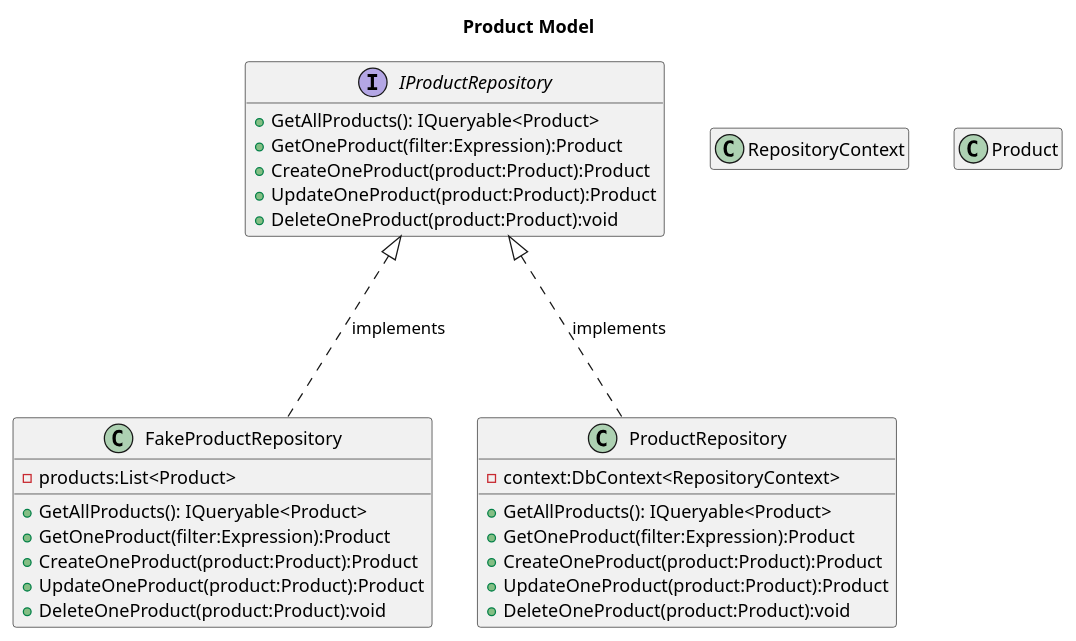
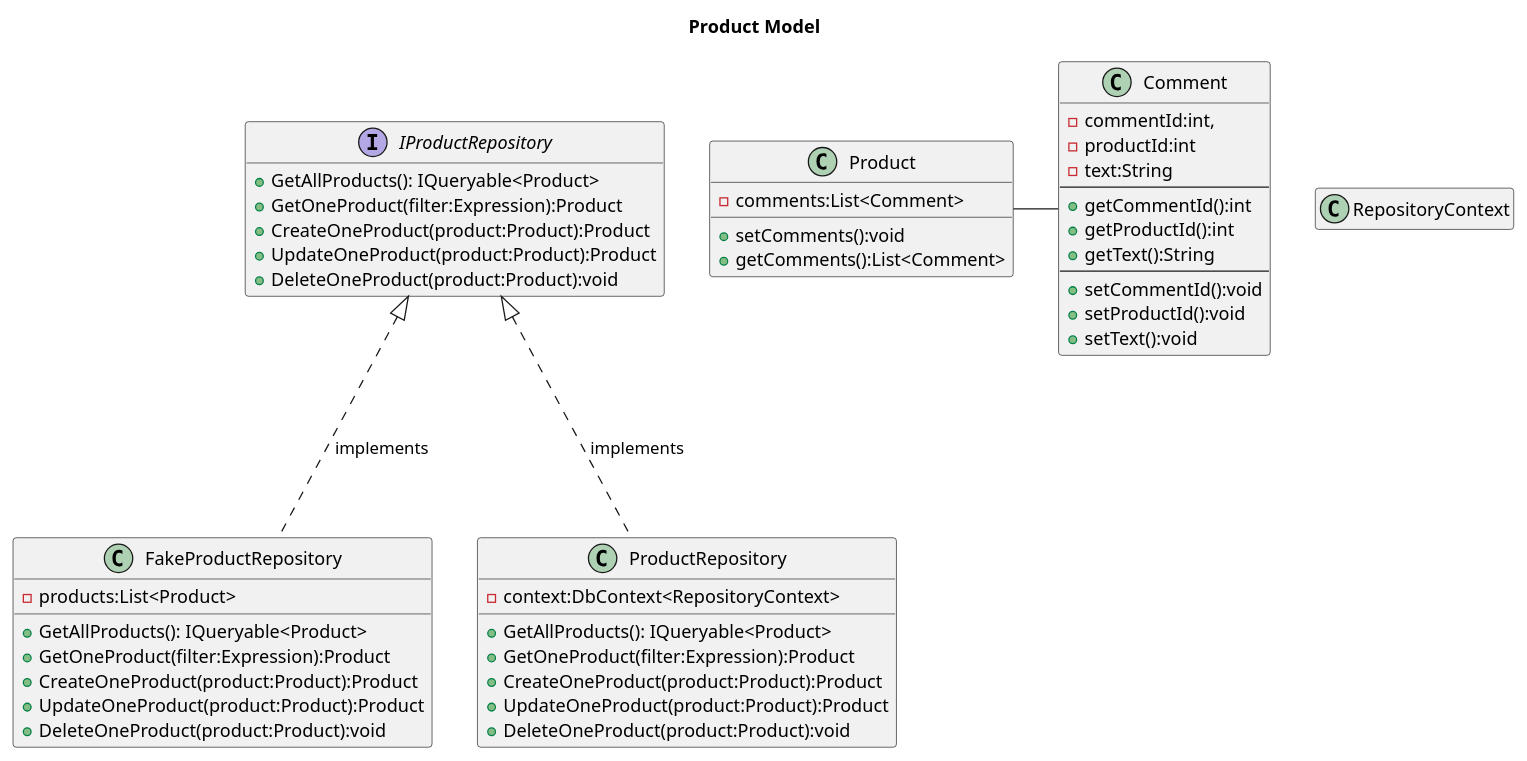
One commit to zcomert/BTK-AI-based-Web-Apps changed the diagram in storeapp/netbackend/Entities/Models/Model.wsd. Above: the diagram before and after it, drawn with PlantUML. The commit also changed 64 other files, not shown here.

```diff
--- a/storeapp/netbackend/Entities/Models/Model.wsd
+++ b/storeapp/netbackend/Entities/Models/Model.wsd
@@ -1,43 +1,60 @@
 @startuml Model
 title "Product Model"
 
 interface IProductRepository {
     +GetAllProducts(): IQueryable<Product>
     +GetOneProduct(filter:Expression):Product
     +CreateOneProduct(product:Product):Product
     +UpdateOneProduct(product:Product):Product
     +DeleteOneProduct(product:Product):void    
 
 }
 
 class FakeProductRepository {
         -products:List<Product>
         +GetAllProducts(): IQueryable<Product>
         +GetOneProduct(filter:Expression):Product
         +CreateOneProduct(product:Product):Product
         +UpdateOneProduct(product:Product):Product
         +DeleteOneProduct(product:Product):void   
 }
 
 class RepositoryContext {
     
 }
 
 class Product{
+    -comments:List<Comment>
+    +setComments():void
+    +getComments():List<Comment>
+}
 
+class Comment{
+    -commentId:int,
+    -productId:int
+    -text:String
+    --
+    +getCommentId():int
+    +getProductId():int
+    +getText():String
+    --
+    +setCommentId():void
+    +setProductId():void
+    +setText():void
 }
 
 class ProductRepository {
     -context:DbContext<RepositoryContext>
     +GetAllProducts(): IQueryable<Product>
     +GetOneProduct(filter:Expression):Product
     +CreateOneProduct(product:Product):Product
     +UpdateOneProduct(product:Product):Product
     +DeleteOneProduct(product:Product):void   
 }
 
 FakeProductRepository .-up.|> IProductRepository : "implements"
 ProductRepository .-up.|> IProductRepository : "implements"
+Product - Comment
 
 hide empty members
 @enduml
```
